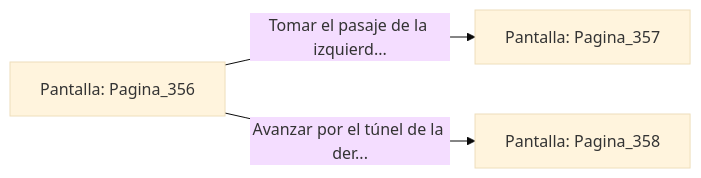
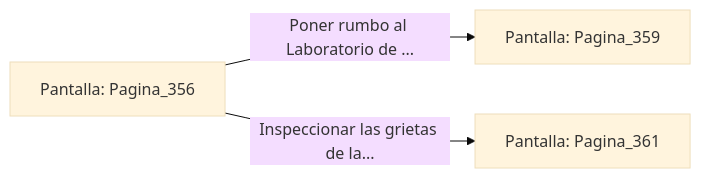
Before and after one commit to metsuke/mpl: the diagram in sample/eligejuego-vault/Pantalla_Pagina_356.md, drawn with Mermaid (base theme). The commit also changed other lines of this file and 635 other files, not shown here.

First line of the commit message:
fix: añadir Pagina_1 como pantalla inicial en capitulo_01.mpl

````diff
--- a/sample/eligejuego-vault/Pantalla_Pagina_356.md
+++ b/sample/eligejuego-vault/Pantalla_Pagina_356.md
@@ -20,6 +22,6 @@
 ```mermaid
 graph LR
     P_Pagina_356["Pantalla: Pagina_356"]
-    P_Pagina_356 -->|"Tomar el pasaje de la izquierd..."| P_Pagina_357["Pantalla: Pagina_357"]
-    P_Pagina_356 -->|"Avanzar por el túnel de la der..."| P_Pagina_358["Pantalla: Pagina_358"]
+    P_Pagina_356 -->|"Poner rumbo al Laboratorio de ..."| P_Pagina_359["Pantalla: Pagina_359"]
+    P_Pagina_356 -->|"Inspeccionar las grietas de la..."| P_Pagina_361["Pantalla: Pagina_361"]
 ```
````
